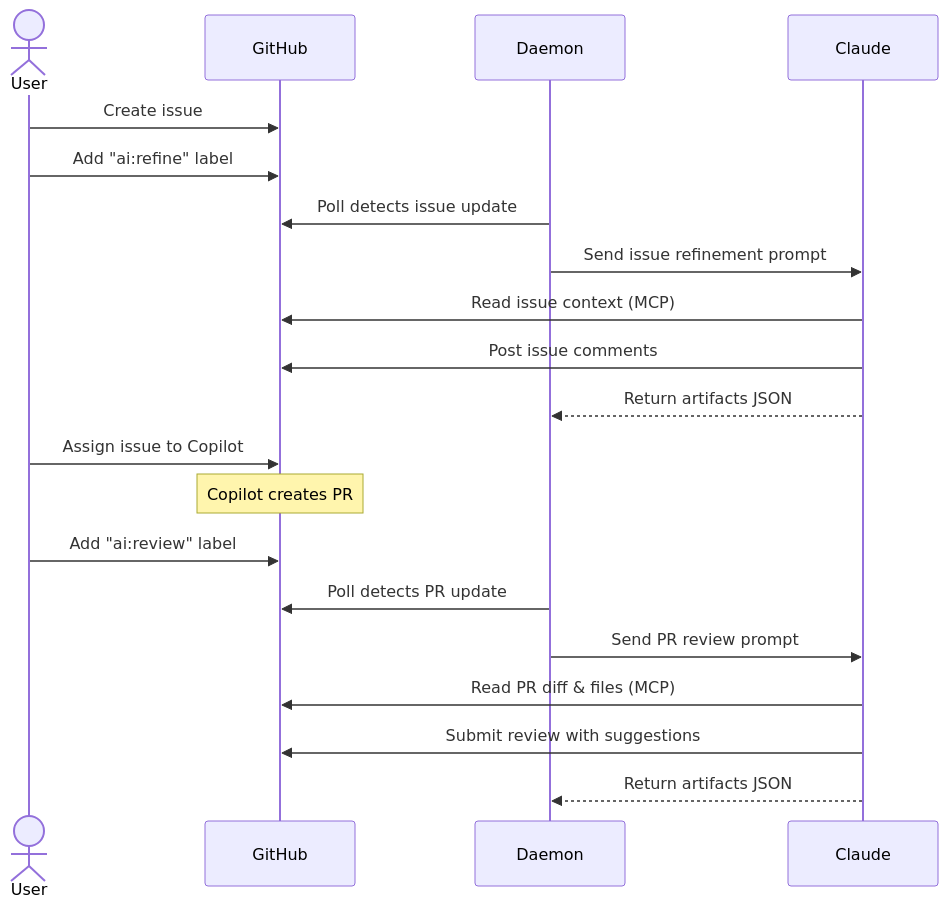
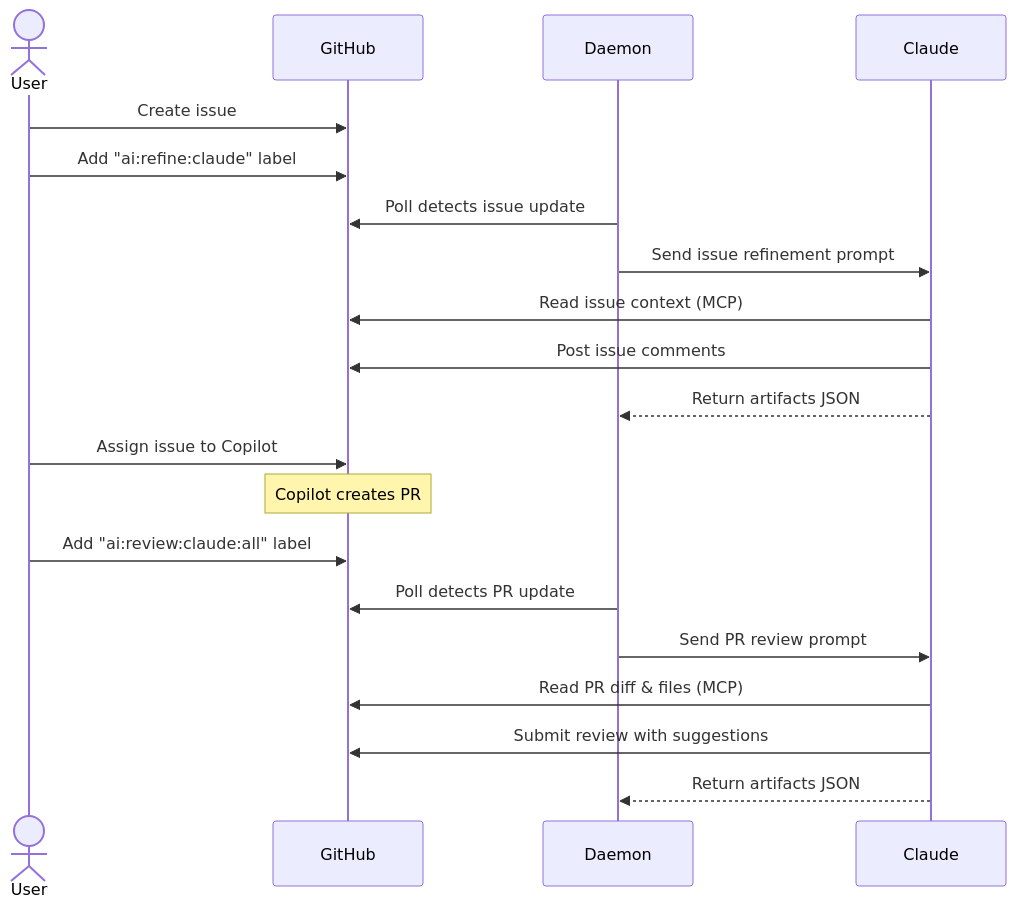
Before and after one commit to eloylp/agents: the diagram in README.md, drawn with Mermaid. The commit also changed other lines of this file and 16 other files, not shown here.

````diff
--- a/README.md
+++ b/README.md
@@ -17,27 +30,27 @@
 ```mermaid
 sequenceDiagram
     actor User
     participant GH as GitHub
     participant Daemon
     participant Claude
 
     User->>GH: Create issue
-    User->>GH: Add "ai:refine" label
+    User->>GH: Add "ai:refine:claude" label
 
     Daemon->>GH: Poll detects issue update
     Daemon->>Claude: Send issue refinement prompt
     Claude->>GH: Read issue context (MCP)
     Claude->>GH: Post issue comments
     Claude-->>Daemon: Return artifacts JSON
 
     User->>GH: Assign issue to Copilot
     Note over GH: Copilot creates PR
 
-    User->>GH: Add "ai:review" label
+    User->>GH: Add "ai:review:claude:all" label
 
     Daemon->>GH: Poll detects PR update
     Daemon->>Claude: Send PR review prompt
     Claude->>GH: Read PR diff & files (MCP)
     Claude->>GH: Submit review with suggestions
     Claude-->>Daemon: Return artifacts JSON
 ```
````
